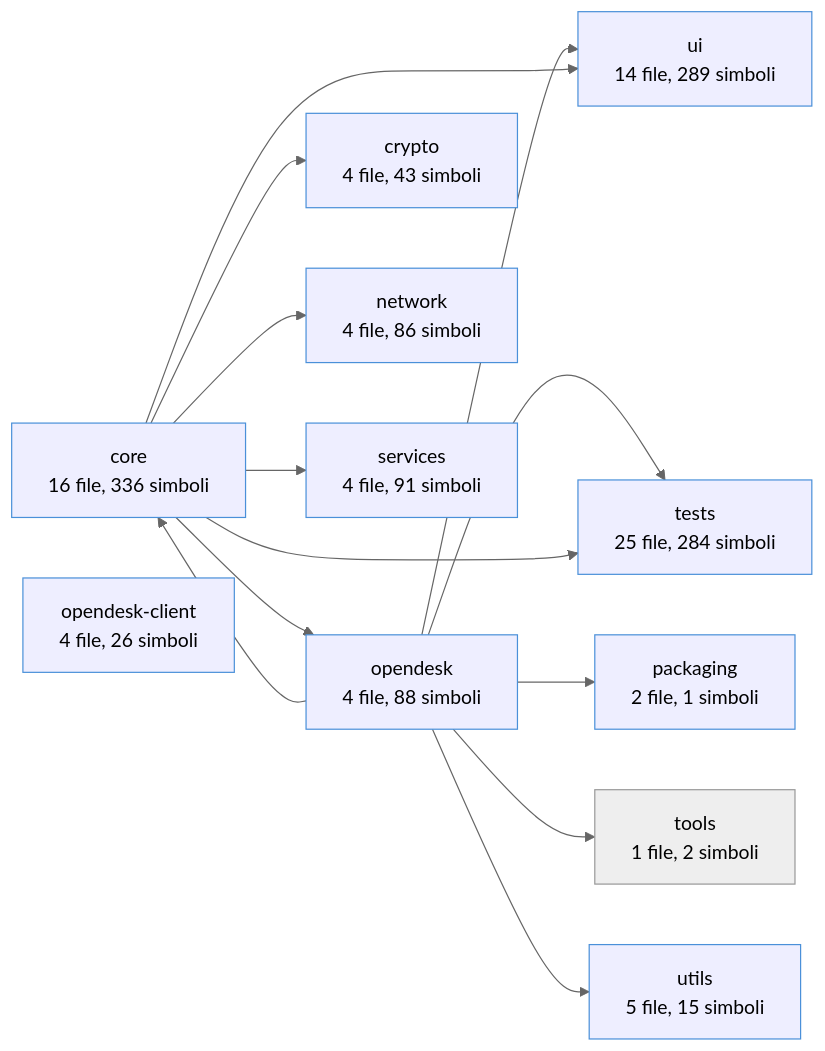
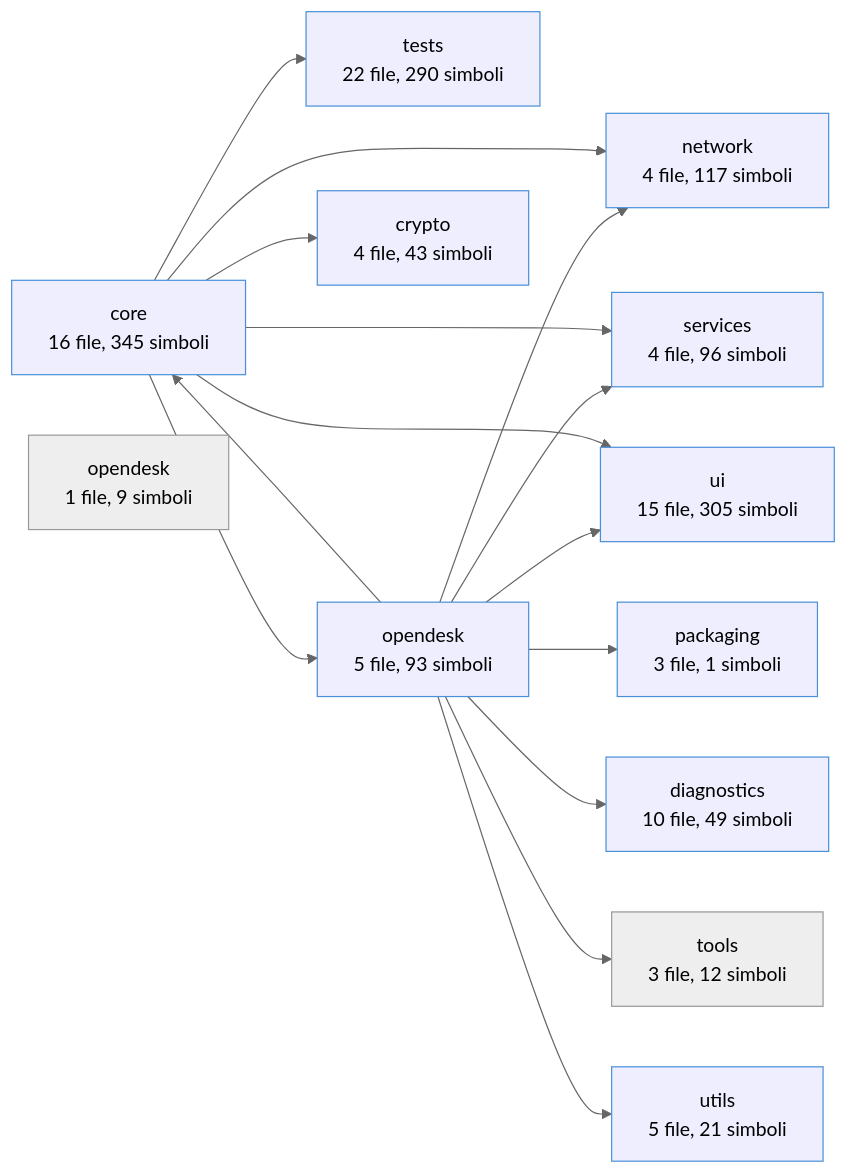
Before and after one commit to gbilanc/opendesk: the first of 8 diagrams in docs/CODEBASE_MAP.md, drawn with Mermaid (neutral theme). The commit also changed other lines of this file and 5 other files, not shown here.

````diff
--- a/docs/CODEBASE_MAP.md
+++ b/docs/CODEBASE_MAP.md
@@ -174,28 +182,31 @@
 ```mermaid
 flowchart LR
-  M0["tests\n25 file, 284 simboli"]
-  M1["core\n16 file, 336 simboli"]
-  M2["ui\n14 file, 289 simboli"]
-  M3["utils\n5 file, 15 simboli"]
-  M4["opendesk-client\n4 file, 26 simboli"]
-  M5["opendesk\n4 file, 88 simboli"]
+  M0["tests\n22 file, 290 simboli"]
+  M1["core\n16 file, 345 simboli"]
+  M2["ui\n15 file, 305 simboli"]
+  M3["diagnostics\n10 file, 49 simboli"]
+  M4["opendesk\n5 file, 93 simboli"]
+  M5["utils\n5 file, 21 simboli"]
   M6["crypto\n4 file, 43 simboli"]
-  M7["network\n4 file, 86 simboli"]
-  M8["services\n4 file, 91 simboli"]
-  M9["packaging\n2 file, 1 simboli"]
-  M10["tools\n1 file, 2 simboli"]
-  M5 --> M0
-  M5 --> M1
-  M5 --> M9
-  M5 --> M10
-  M5 --> M3
-  M5 --> M2
+  M7["network\n4 file, 117 simboli"]
+  M8["services\n4 file, 96 simboli"]
+  M9["packaging\n3 file, 1 simboli"]
+  M10["tools\n3 file, 12 simboli"]
+  M11["opendesk\n1 file, 9 simboli"]
+  M4 --> M1
+  M4 --> M8
+  M4 --> M7
+  M4 --> M9
+  M4 --> M3
+  M4 --> M10
+  M4 --> M5
+  M4 --> M2
   M1 --> M7
   M1 --> M2
-  M1 --> M5
+  M1 --> M4
   M1 --> M8
   M1 --> M0
   M1 --> M6
   classDef mod fill:#eef,stroke:#4a90d9,stroke-width:1px;
   class M0,M1,M2,M3,M4,M5,M6,M7,M8,M9 mod;
 ```
````
